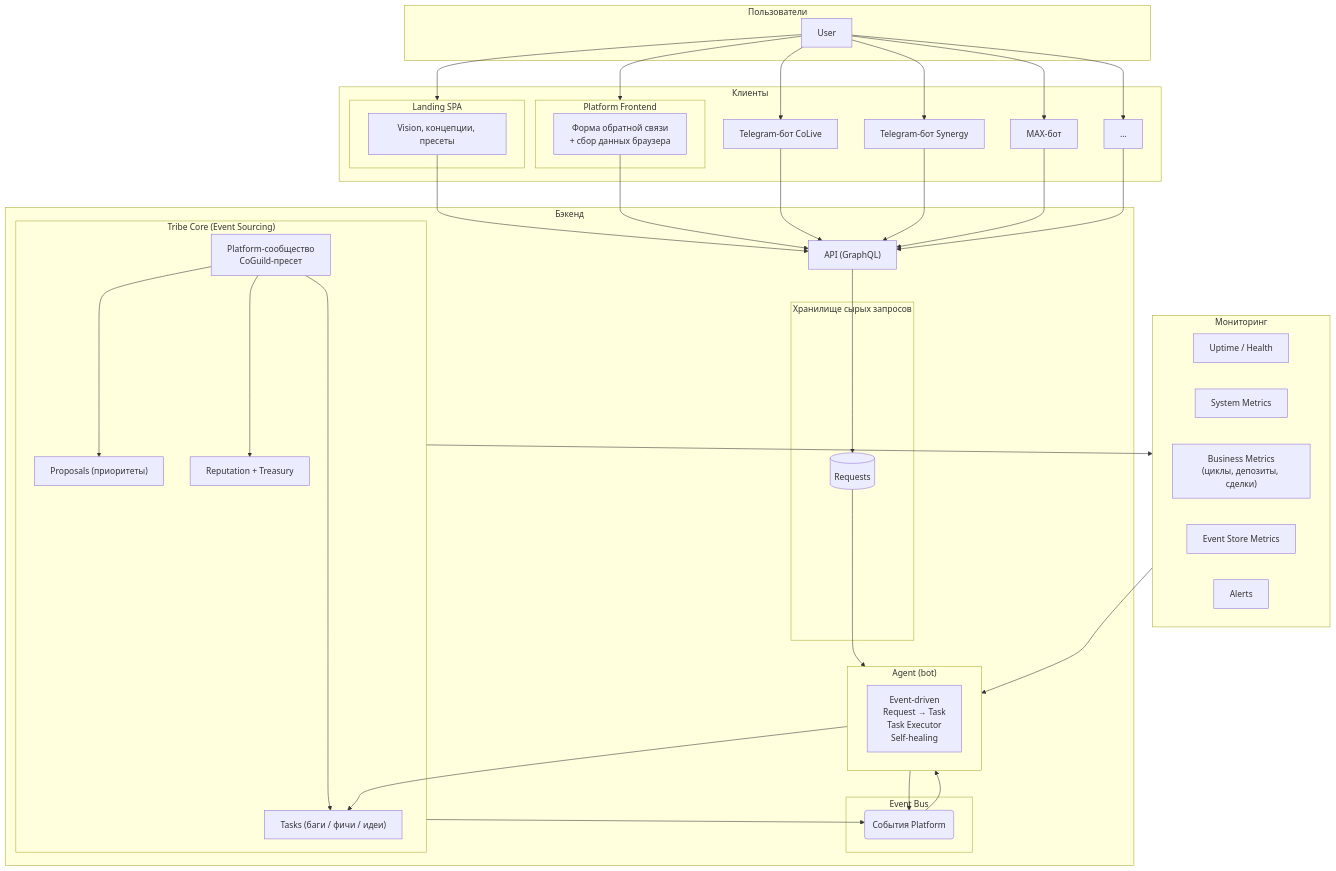
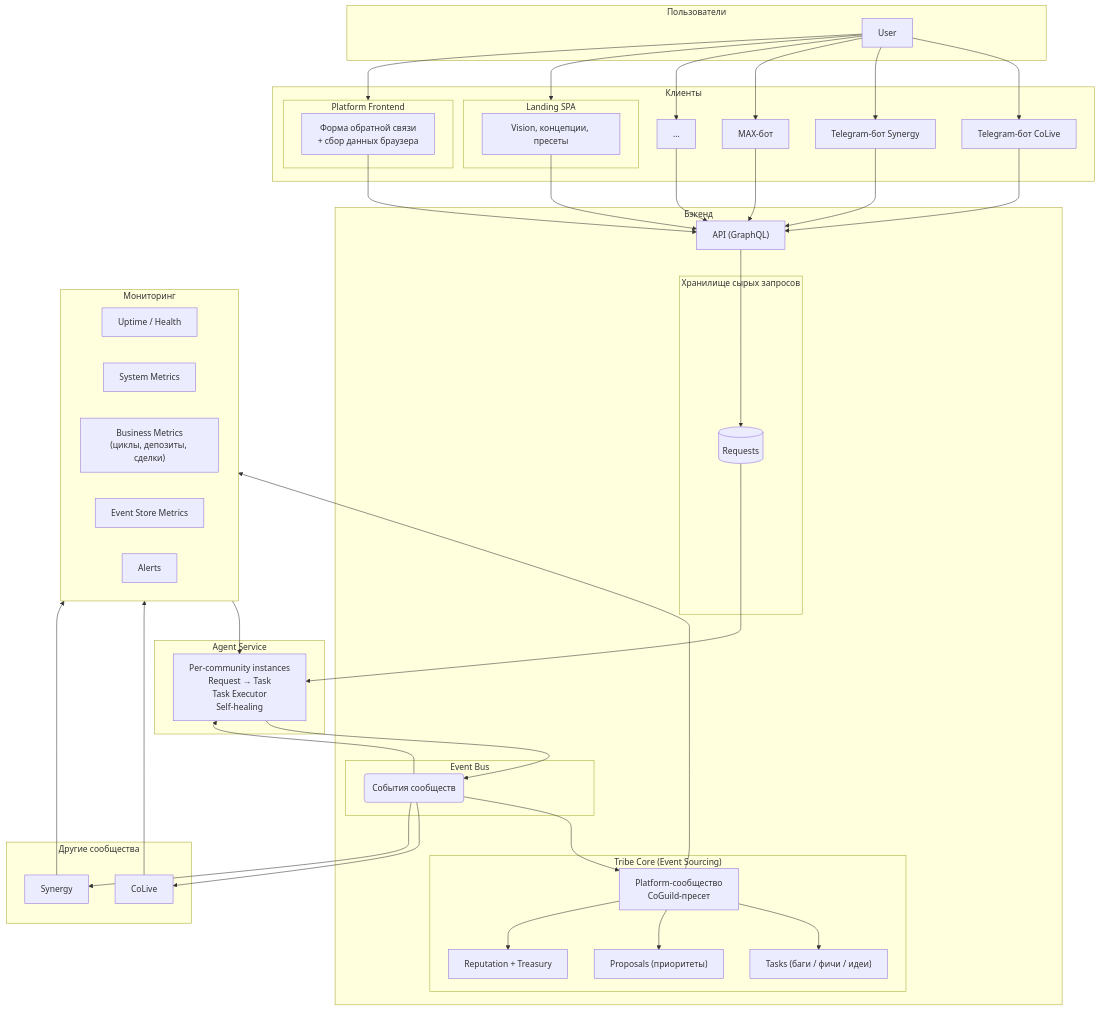
One commit to civilization-luch/tribe-docs changed the diagram in docs/architecture/platform-ecosystem.md. Above: the diagram before and after it, drawn with Mermaid. The commit also changed other lines of this file, not shown here.

First line of the commit message:
Make Agent per-community with separate instances

````diff
--- a/docs/architecture/platform-ecosystem.md
+++ b/docs/architecture/platform-ecosystem.md
@@ -9,74 +9,82 @@
 ```mermaid
 graph TB
     subgraph Users["Пользователи"]
         U["User"]
     end
 
     subgraph Clients["Клиенты"]
         subgraph Landing["Landing SPA"]
             LANDING["Vision, концепции, пресеты"]
         end
         subgraph PlatformUI["Platform Frontend"]
             PFORM["Форма обратной связи<br/>+ сбор данных браузера"]
         end
         B1["Telegram-бот CoLive"]
         B2["Telegram-бот Synergy"]
         B3["MAX-бот"]
         B4["..."]
     end
 
     subgraph Backend["Бэкенд"]
         API["API (GraphQL)"]
 
         subgraph Requests["Хранилище сырых запросов"]
             REQ[("Requests")]
         end
 
-        subgraph Agent["Agent (bot)"]
-            AG["Event-driven<br/>Request → Task<br/>Task Executor<br/>Self-healing"]
+        subgraph Events["Event Bus"]
+            EB("События сообществ")
         end
 
-        subgraph Events["Event Bus"]
-            EB("События Platform")
-        end
-
-        subgraph Core["Tribe Core (Event Sourcing)"]
+        subgraph PlatformCore["Tribe Core (Event Sourcing)"]
             PL["Platform-сообщество<br/>CoGuild-пресет"]
             TS["Tasks (баги / фичи / идеи)"]
             VL["Proposals (приоритеты)"]
             BW["Reputation + Treasury"]
             PL --> TS
             PL --> VL
             PL --> BW
         end
+    end
+
+    subgraph Communities["Другие сообщества"]
+        CL["CoLive"]
+        SY["Synergy"]
+    end
+
+    subgraph Agents["Agent Service"]
+        AG["Per-community instances<br/>Request → Task<br/>Task Executor<br/>Self-healing"]
     end
 
     subgraph Monitor["Мониторинг"]
         M1["Uptime / Health"]
         M2["System Metrics"]
         M3["Business Metrics<br/>(циклы, депозиты, сделки)"]
         M4["Event Store Metrics"]
         M5["Alerts"]
     end
 
     U --> Landing
     U --> PlatformUI
     U --> B1
     U --> B2
     U --> B3
     U --> B4
     LANDING --> API
     PFORM --> API
     B1 --> API
     B2 --> API
     B3 --> API
     B4 --> API
     API --> REQ
-    REQ --> Agent
-    Agent --> EB
-    EB --> Agent
-    Agent --> TS
-    Core --> EB
-    Core --> Monitor
-    Monitor --> Agent
+    REQ --> AG
+    AG --> EB
+    EB --> AG
+    EB --> PL
+    EB --> CL
+    EB --> SY
+    PL --> Monitor
+    CL --> Monitor
+    SY --> Monitor
+    Monitor --> AG
 ```
````
